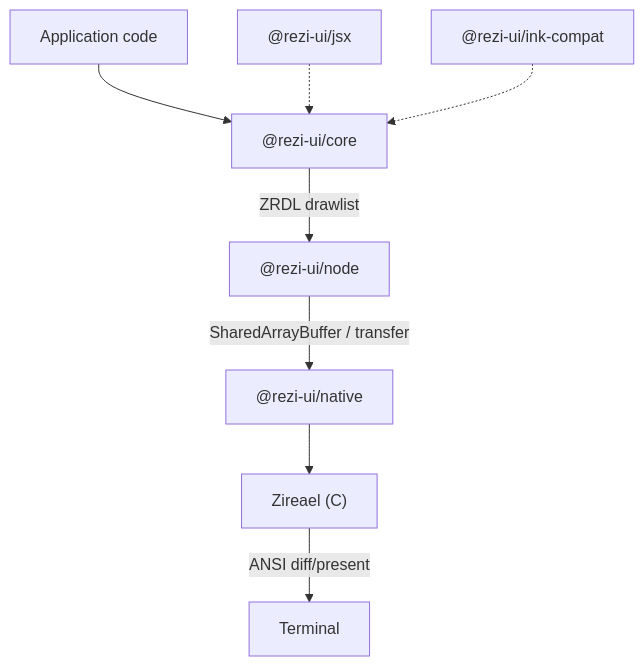
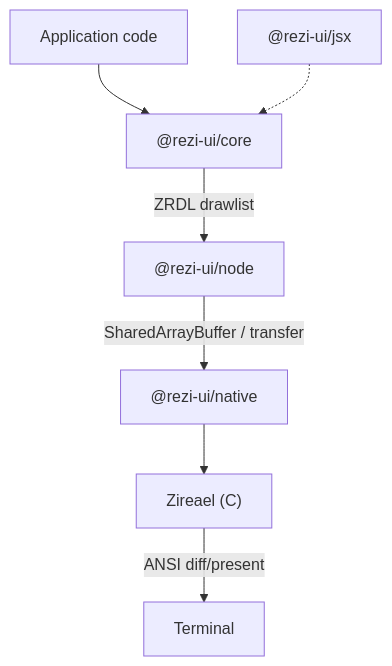
Before and after one commit to RtlZeroMemory/Rezi: the diagram in README.md, drawn with Mermaid. The commit also changed other lines of this file and 84 other files, not shown here.

Commit message:
Remove in-repo ink-compat package and mark compatibility as redesign WIP

````diff
--- a/README.md
+++ b/README.md
@@ -152,10 +139,9 @@
 ```mermaid
 flowchart TB
   App["Application code"] --> Core["@rezi-ui/core"]
   JSX["@rezi-ui/jsx"] -.-> Core
-  InkCompat["@rezi-ui/ink-compat"] -.-> Core
   Core -->|"ZRDL drawlist"| Node["@rezi-ui/node"]
   Node -->|"SharedArrayBuffer / transfer"| Native["@rezi-ui/native"]
   Native --> Engine["Zireael (C)"]
   Engine -->|"ANSI diff/present"| Terminal["Terminal"]
 ```
````
